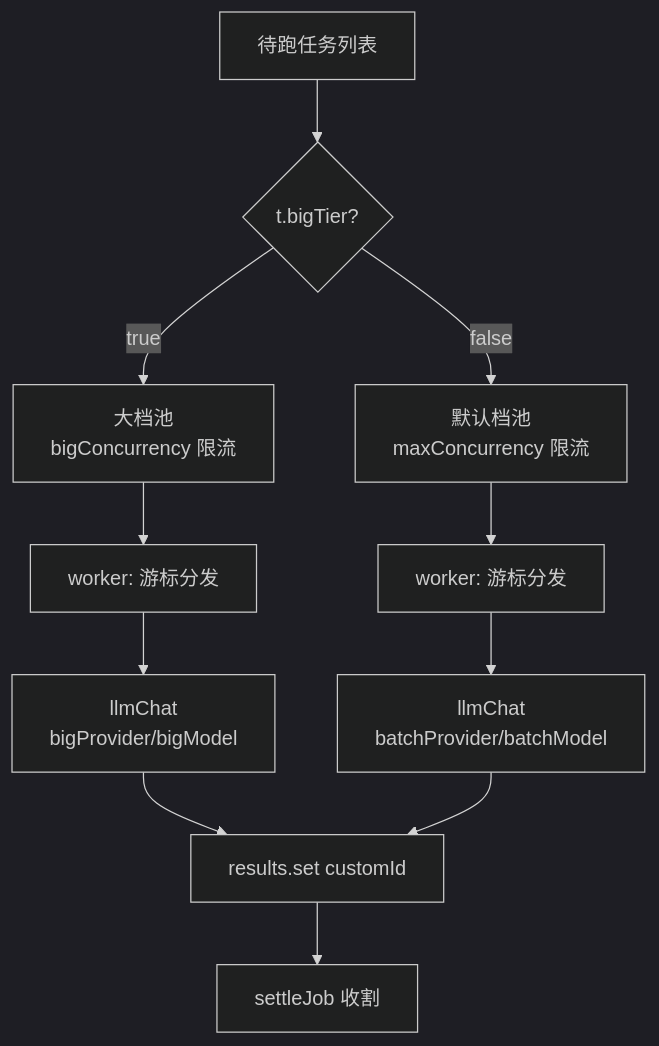
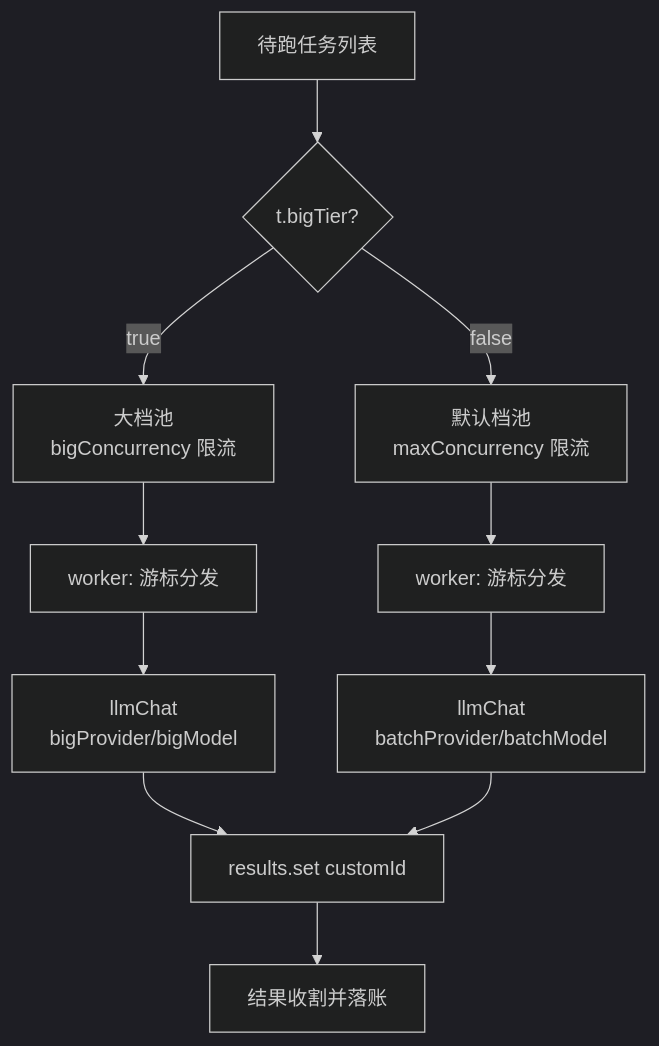
The fifth of 6 diagrams in .codewiki/modules/core-entry.md (ikliml666/dsh-codewiki), drawn with Mermaid (dark theme) before and after one commit. The commit also changed other lines of this file and 28 other files, not shown here.

````diff
--- a/.codewiki/modules/core-entry.md
+++ b/.codewiki/modules/core-entry.md
@@ -298,13 +301,13 @@
 ```mermaid
 flowchart TB
     Tasks[待跑任务列表] --> Split{"t.bigTier?"}
     Split -->|true| BigPool[大档池<br/>bigConcurrency 限流]
     Split -->|false| NormalPool[默认档池<br/>maxConcurrency 限流]
     BigPool --> WorkerB[worker: 游标分发]
     NormalPool --> WorkerN[worker: 游标分发]
     WorkerB --> LlmCallB[llmChat<br/>bigProvider/bigModel]
     WorkerN --> LlmCallN[llmChat<br/>batchProvider/batchModel]
     LlmCallB --> Result[results.set customId]
     LlmCallN --> Result
-    Result --> Settle[settleJob 收割]
+    Result --> Harvest[结果收割并落账]
 ```
````
